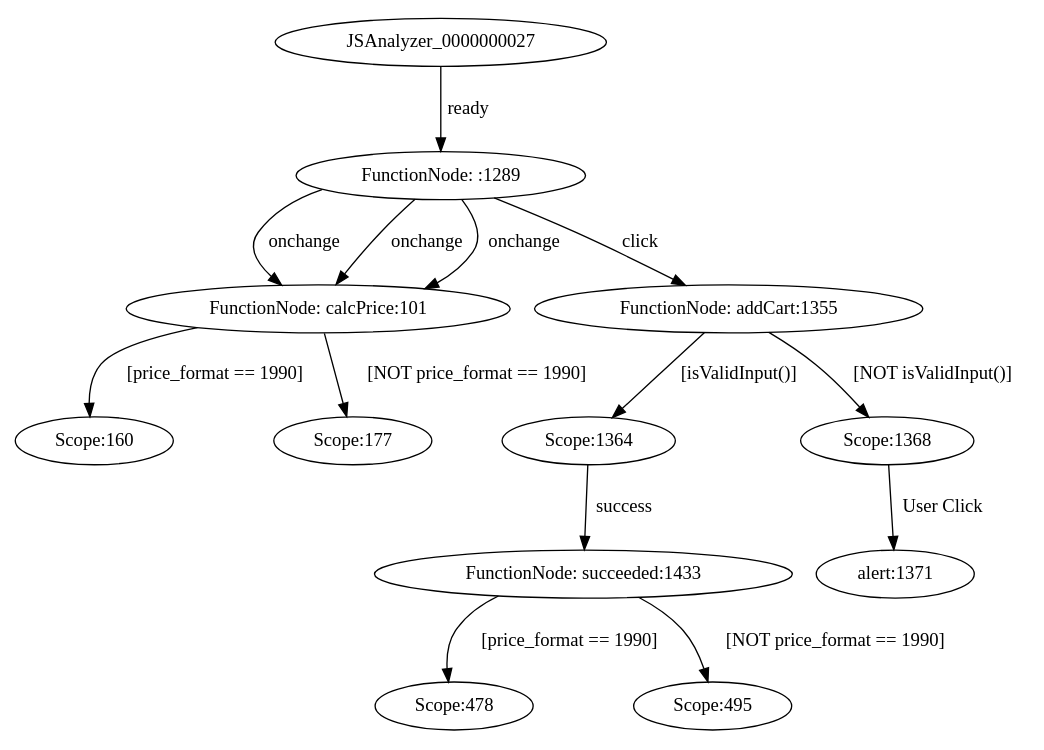
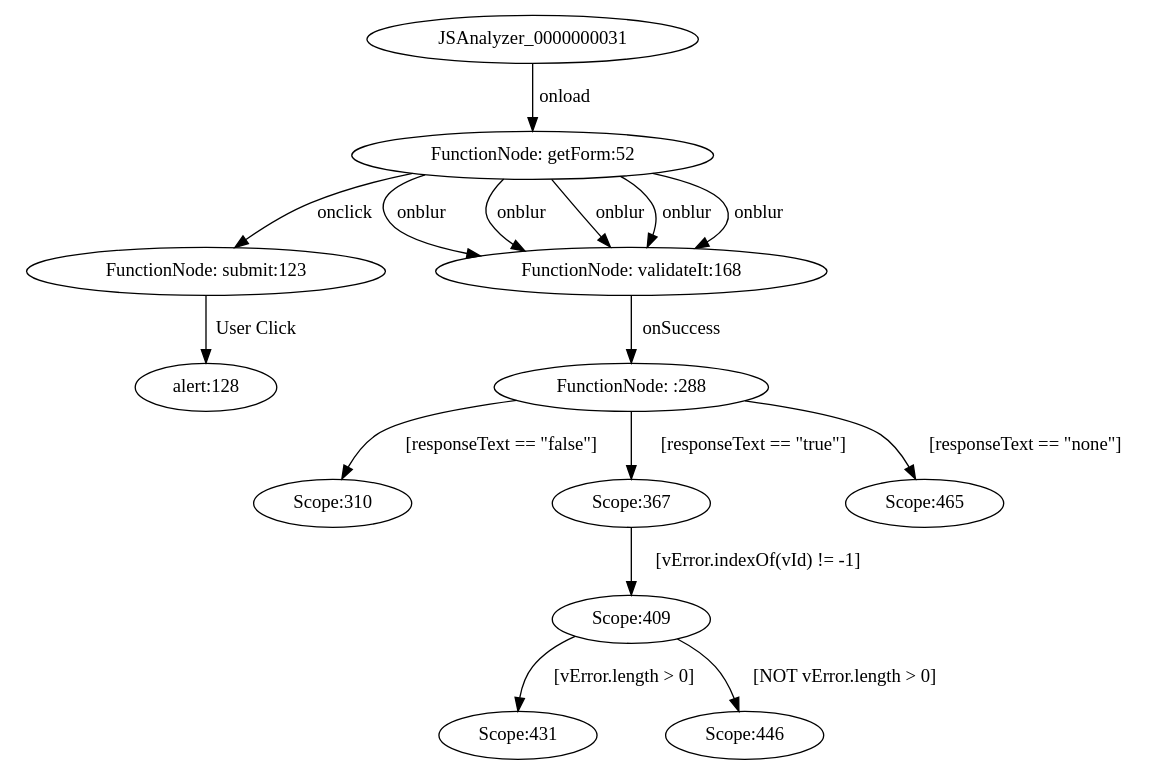
The diagram in projects/project/model/acg.dot (mzw/JSAnalyzer), drawn with Graphviz before and after one commit. The commit also changed 10 other files, not shown here.

```diff
--- a/projects/project/model/acg.dot
+++ b/projects/project/model/acg.dot
@@ -1,29 +1,31 @@
 digraph CallGraph {
 size="15.0,10.0";
 ratio="0.75";
-JSAnalyzer_0000000027;
-JSAnalyzer_0000000101[label="FunctionNode: calcPrice:101"];
-JSAnalyzer_0000000160[label="Scope:160"];
-JSAnalyzer_0000000177[label="Scope:177"];
-JSAnalyzer_0000000478[label="Scope:478"];
-JSAnalyzer_0000000495[label="Scope:495"];
-JSAnalyzer_0000001289[label="FunctionNode: :1289"];
-JSAnalyzer_0000001355[label="FunctionNode: addCart:1355"];
-JSAnalyzer_0000001364[label="Scope:1364"];
-JSAnalyzer_0000001368[label="Scope:1368"];
-JSAnalyzer_0000001433[label="FunctionNode: succeeded:1433"];
-JSAnalyzer_0000001371[label="alert:1371"];
-JSAnalyzer_0000000101 -> JSAnalyzer_0000000160[label="[price_format == 1990]"];
-JSAnalyzer_0000000101 -> JSAnalyzer_0000000177[label="[NOT price_format == 1990]"];
-JSAnalyzer_0000001433 -> JSAnalyzer_0000000478[label="[price_format == 1990]"];
-JSAnalyzer_0000001433 -> JSAnalyzer_0000000495[label="[NOT price_format == 1990]"];
-JSAnalyzer_0000001355 -> JSAnalyzer_0000001364[label="[isValidInput()]"];
-JSAnalyzer_0000001355 -> JSAnalyzer_0000001368[label="[NOT isValidInput()]"];
-JSAnalyzer_0000000027 -> JSAnalyzer_0000001289[label="ready"];
-JSAnalyzer_0000001289 -> JSAnalyzer_0000000101[label="onchange"];
-JSAnalyzer_0000001289 -> JSAnalyzer_0000000101[label="onchange"];
-JSAnalyzer_0000001289 -> JSAnalyzer_0000000101[label="onchange"];
-JSAnalyzer_0000001289 -> JSAnalyzer_0000001355[label="click"];
-JSAnalyzer_0000001368 -> JSAnalyzer_0000001371[label="User Click"];
-JSAnalyzer_0000001364 -> JSAnalyzer_0000001433[label="success"];
+JSAnalyzer_0000000031;
+JSAnalyzer_0000000052[label="FunctionNode: getForm:52"];
+JSAnalyzer_0000000123[label="FunctionNode: submit:123"];
+JSAnalyzer_0000000168[label="FunctionNode: validateIt:168"];
+JSAnalyzer_0000000288[label="FunctionNode: :288"];
+JSAnalyzer_0000000310[label="Scope:310"];
+JSAnalyzer_0000000367[label="Scope:367"];
+JSAnalyzer_0000000409[label="Scope:409"];
+JSAnalyzer_0000000431[label="Scope:431"];
+JSAnalyzer_0000000446[label="Scope:446"];
+JSAnalyzer_0000000465[label="Scope:465"];
+JSAnalyzer_0000000128[label="alert:128"];
+JSAnalyzer_0000000288 -> JSAnalyzer_0000000310[label="[responseText == \"false\"]"];
+JSAnalyzer_0000000288 -> JSAnalyzer_0000000367[label="[responseText == \"true\"]"];
+JSAnalyzer_0000000367 -> JSAnalyzer_0000000409[label="[vError\.indexOf(vId) != -1]"];
+JSAnalyzer_0000000409 -> JSAnalyzer_0000000431[label="[vError\.length > 0]"];
+JSAnalyzer_0000000409 -> JSAnalyzer_0000000446[label="[NOT vError\.length > 0]"];
+JSAnalyzer_0000000288 -> JSAnalyzer_0000000465[label="[responseText == \"none\"]"];
+JSAnalyzer_0000000031 -> JSAnalyzer_0000000052[label="onload"];
+JSAnalyzer_0000000052 -> JSAnalyzer_0000000168[label="onblur"];
+JSAnalyzer_0000000052 -> JSAnalyzer_0000000168[label="onblur"];
+JSAnalyzer_0000000052 -> JSAnalyzer_0000000168[label="onblur"];
+JSAnalyzer_0000000052 -> JSAnalyzer_0000000168[label="onblur"];
+JSAnalyzer_0000000052 -> JSAnalyzer_0000000168[label="onblur"];
+JSAnalyzer_0000000052 -> JSAnalyzer_0000000123[label="onclick"];
+JSAnalyzer_0000000123 -> JSAnalyzer_0000000128[label="User Click"];
+JSAnalyzer_0000000168 -> JSAnalyzer_0000000288[label="onSuccess"];
 }
```
